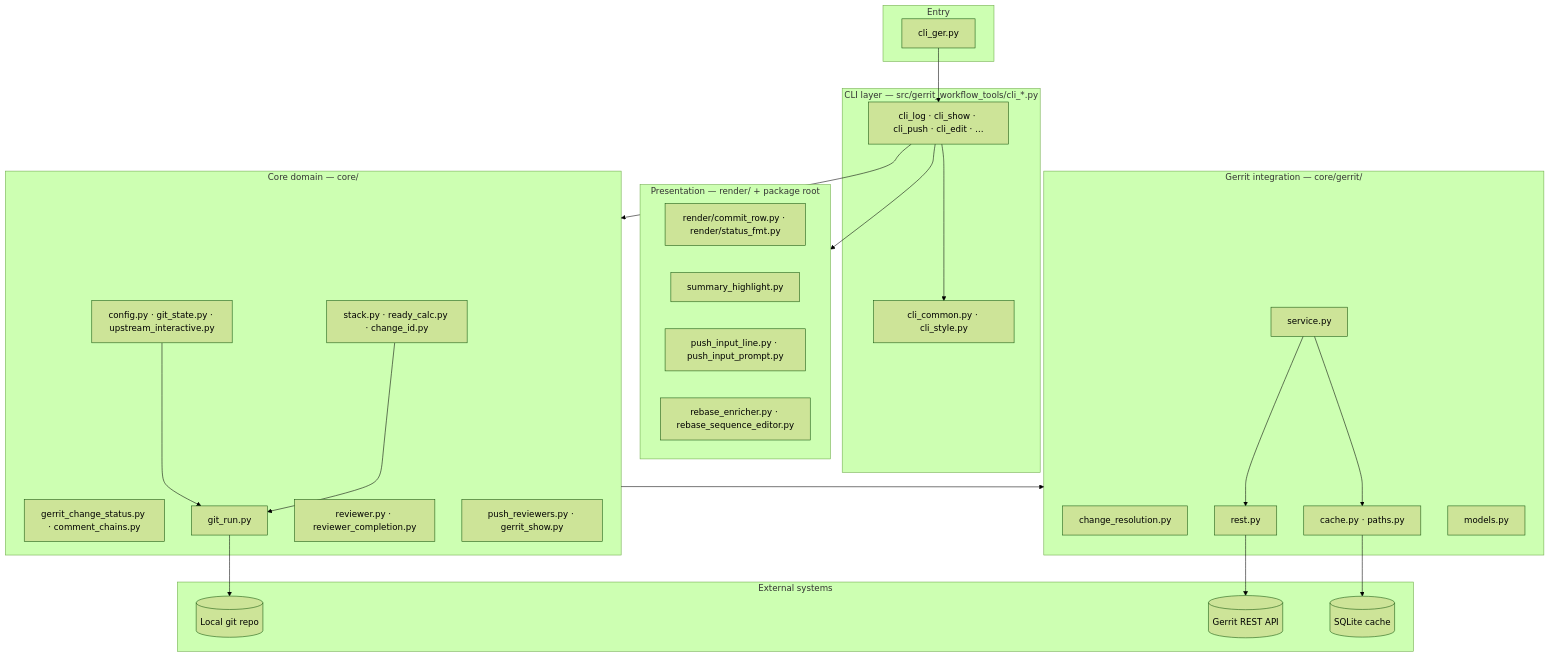
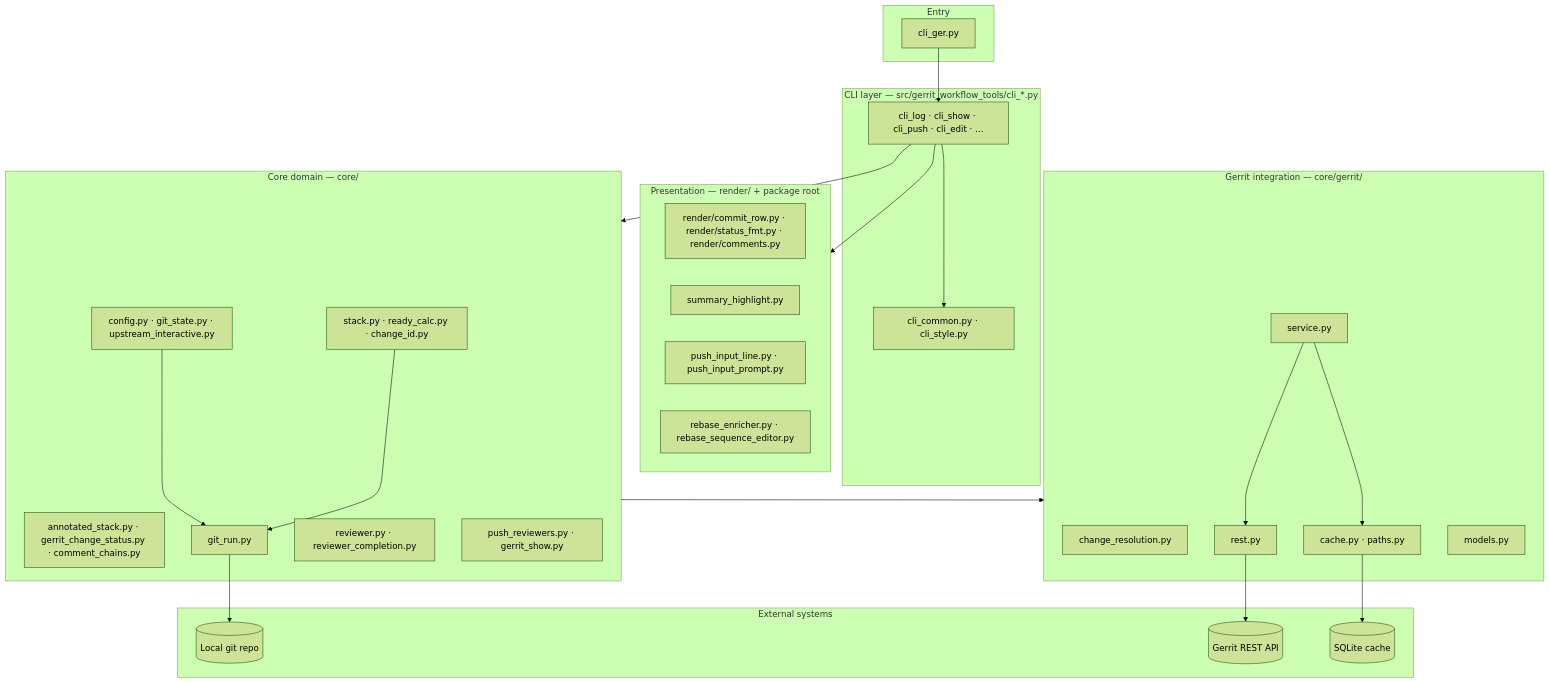
The first of 8 diagrams in docu/architecture.md (togrue/gerrit-workflow-tools), drawn with Mermaid (forest theme) before and after one commit. The commit also changed other lines of this file and 16 other files, not shown here.

First line of the commit message:
Add architecture and doc guardrails so agents extend owners instead of copying

````diff
--- a/docu/architecture.md
+++ b/docu/architecture.md
@@ -29,54 +29,54 @@
 ```mermaid
 flowchart TB
   subgraph entry [Entry]
     ger[cli_ger.py]
   end
 
   subgraph cli [CLI layer — src/gerrit_workflow_tools/cli_*.py]
     common[cli_common.py · cli_style.py]
     commands[cli_log · cli_show · cli_push · cli_edit · …]
   end
 
   subgraph presentation [Presentation — render/ + package root]
-    render[render/commit_row.py · render/status_fmt.py]
+    render[render/commit_row.py · render/status_fmt.py · render/comments.py]
     highlight[summary_highlight.py]
     push_ui[push_input_line.py · push_input_prompt.py]
     rebase_hook[rebase_enricher.py · rebase_sequence_editor.py]
   end
 
   subgraph core [Core domain — core/]
     stack[stack.py · ready_calc.py · change_id.py]
-    status[gerrit_change_status.py · comment_chains.py]
+    status[annotated_stack.py · gerrit_change_status.py · comment_chains.py]
     config[config.py · git_state.py · upstream_interactive.py]
     git[git_run.py]
     reviewers[reviewer.py · reviewer_completion.py]
     push_core[push_reviewers.py · gerrit_show.py]
   end
 
   subgraph gerrit [Gerrit integration — core/gerrit/]
     resolution[change_resolution.py]
     service[service.py]
     rest[rest.py]
     cache[cache.py · paths.py]
     models[models.py]
   end
 
   subgraph external [External systems]
     git_repo[(Local git repo)]
     gerrit_api[(Gerrit REST API)]
     sqlite[(SQLite cache)]
   end
 
   ger --> commands
   commands --> common
   commands --> core
   commands --> presentation
   core --> gerrit
   service --> rest
   service --> cache
   rest --> gerrit_api
   cache --> sqlite
   stack --> git
   config --> git
   git --> git_repo
 ```
````
